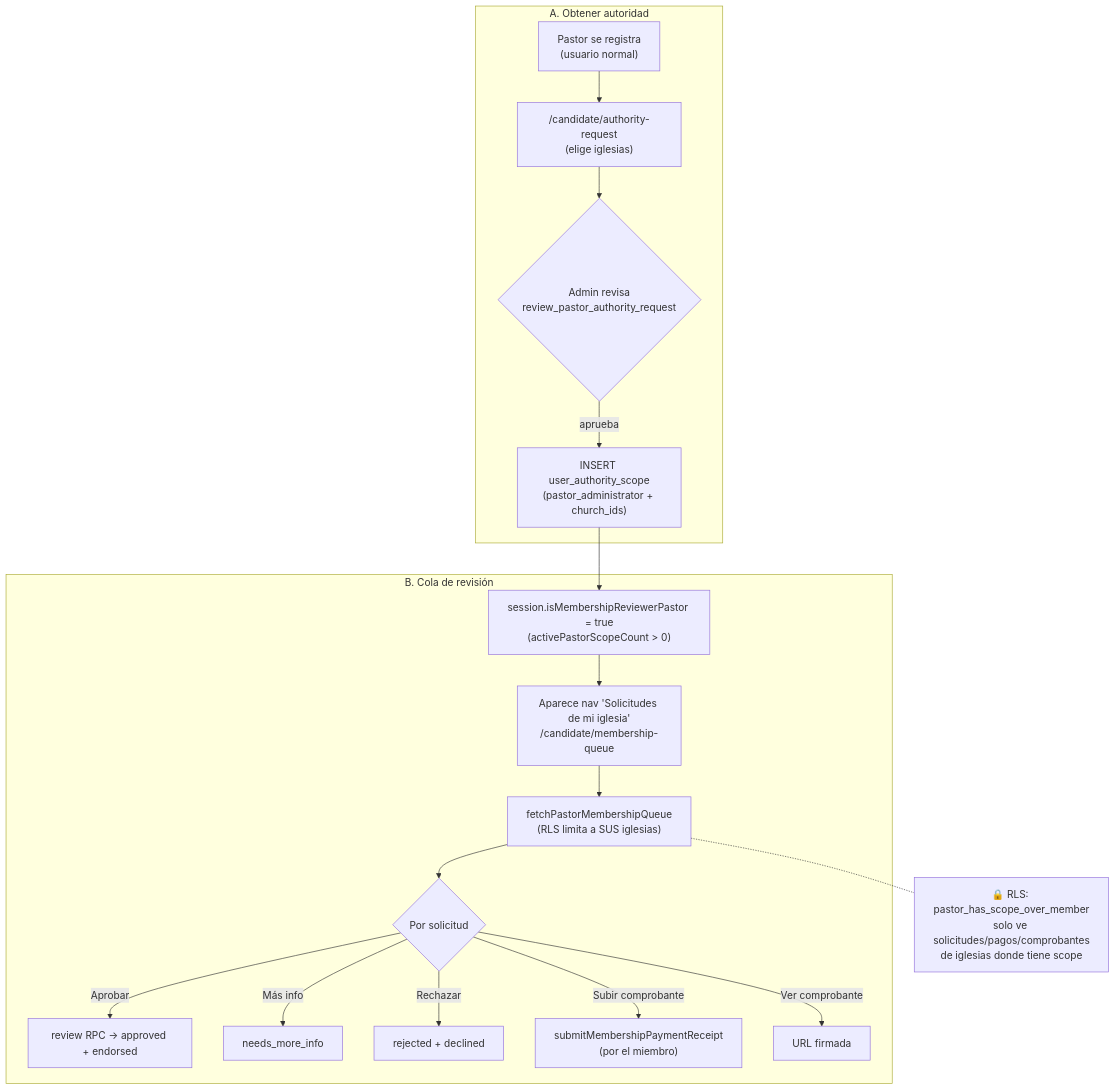
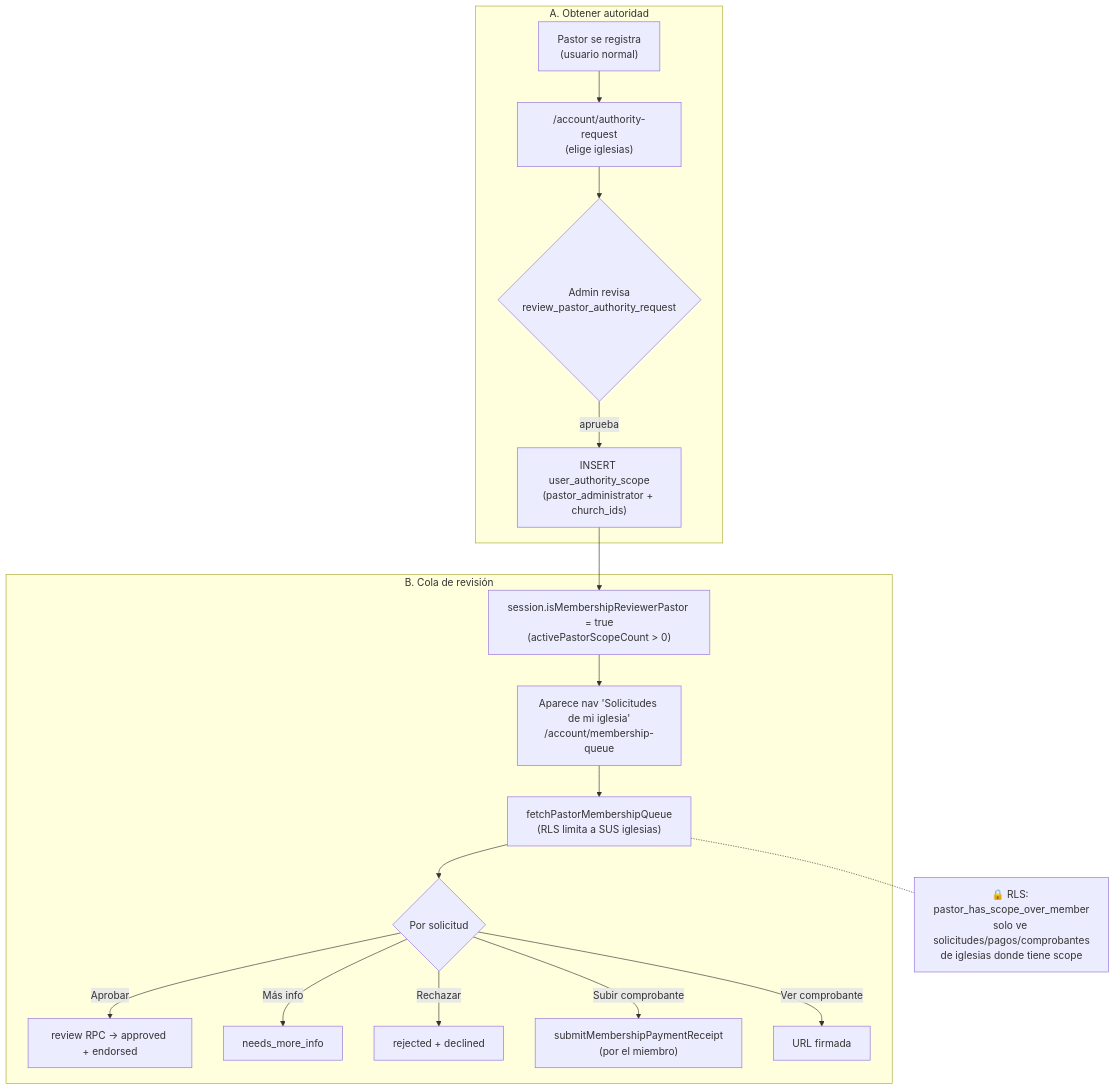
Before and after one commit to EdgarJr30/asi_do: diagram 12 of 23 in docs/architecture/plataforma-flujograma.md, drawn with Mermaid. The commit also changed other lines of this file and 32 other files, not shown here.

````diff
--- a/docs/architecture/plataforma-flujograma.md
+++ b/docs/architecture/plataforma-flujograma.md
@@ -435,23 +435,23 @@
 ```mermaid
 flowchart TD
     subgraph ALTA["A. Obtener autoridad"]
-        REG["Pastor se registra<br/>(usuario normal)"] --> AREQ["/candidate/authority-request<br/>(elige iglesias)"]
+        REG["Pastor se registra<br/>(usuario normal)"] --> AREQ["/account/authority-request<br/>(elige iglesias)"]
         AREQ --> ADMINREV{"Admin revisa<br/>review_pastor_authority_request"}
         ADMINREV -->|"aprueba"| SCOPE["INSERT user_authority_scope<br/>(pastor_administrator + church_ids)"]
     end
 
     subgraph COLA["B. Cola de revisión"]
         SCOPE --> DETECT["session.isMembershipReviewerPastor = true<br/>(activePastorScopeCount > 0)"]
-        DETECT --> NAV["Aparece nav 'Solicitudes de mi iglesia'<br/>/candidate/membership-queue"]
+        DETECT --> NAV["Aparece nav 'Solicitudes de mi iglesia'<br/>/account/membership-queue"]
         NAV --> QUEUE["fetchPastorMembershipQueue<br/>(RLS limita a SUS iglesias)"]
         QUEUE --> ACTIONS{"Por solicitud"}
         ACTIONS -->|"Aprobar"| APR["review RPC → approved + endorsed"]
         ACTIONS -->|"Más info"| MI["needs_more_info"]
         ACTIONS -->|"Rechazar"| RJ["rejected + declined"]
         ACTIONS -->|"Subir comprobante"| UPB["submitMembershipPaymentReceipt<br/>(por el miembro)"]
         ACTIONS -->|"Ver comprobante"| VC["URL firmada"]
     end
 
     note1["🔒 RLS: pastor_has_scope_over_member<br/>solo ve solicitudes/pagos/comprobantes<br/>de iglesias donde tiene scope"]
     QUEUE -.- note1
 ```
````
